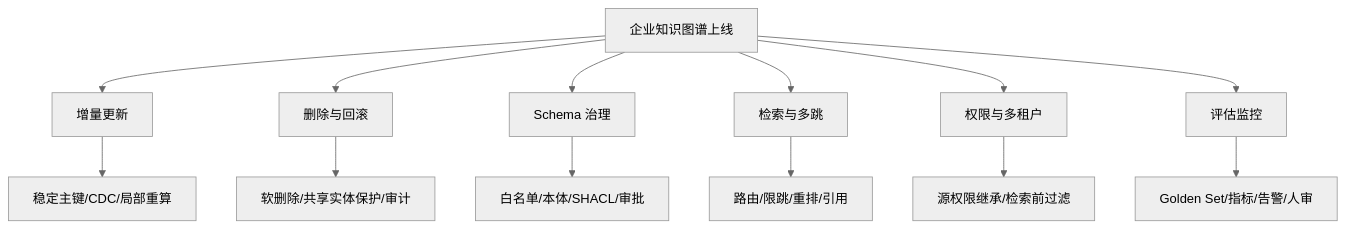
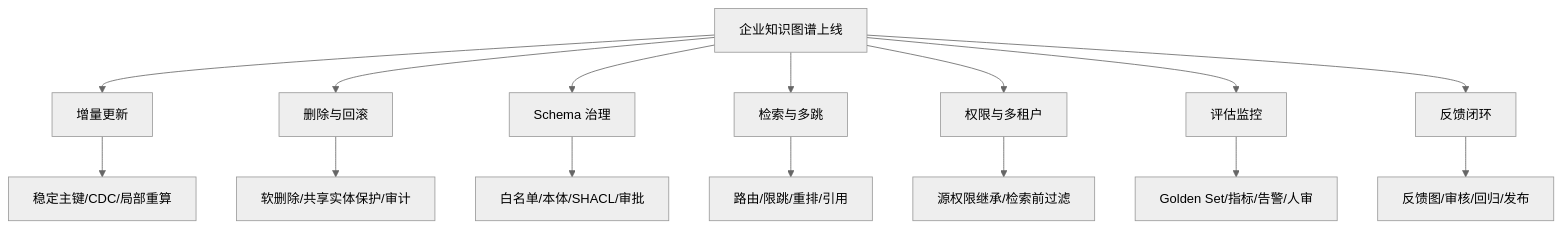
Before and after one commit to caiqiyue/kg-learning: the second of 2 diagrams in lessons/15-拓展-企业级工程阻碍与成熟方案/content.md, drawn with Mermaid (neutral theme). The commit also changed other lines of this file and 34 other files, not shown here.

````diff
--- a/lessons/15-拓展-企业级工程阻碍与成熟方案/content.md
+++ b/lessons/15-拓展-企业级工程阻碍与成熟方案/content.md
@@ -140,15 +230,17 @@
 ```mermaid
 flowchart TD
     A[企业知识图谱上线] --> B[增量更新]
     A --> C[删除与回滚]
     A --> D[Schema 治理]
     A --> E[检索与多跳]
     A --> F[权限与多租户]
     A --> G[评估监控]
     B --> H[稳定主键/CDC/局部重算]
     C --> I[软删除/共享实体保护/审计]
     D --> J[白名单/本体/SHACL/审批]
     E --> K[路由/限跳/重排/引用]
     F --> L[源权限继承/检索前过滤]
     G --> M[Golden Set/指标/告警/人审]
+    A --> N[反馈闭环]
+    N --> O[反馈图/审核/回归/发布]
 ```
````
